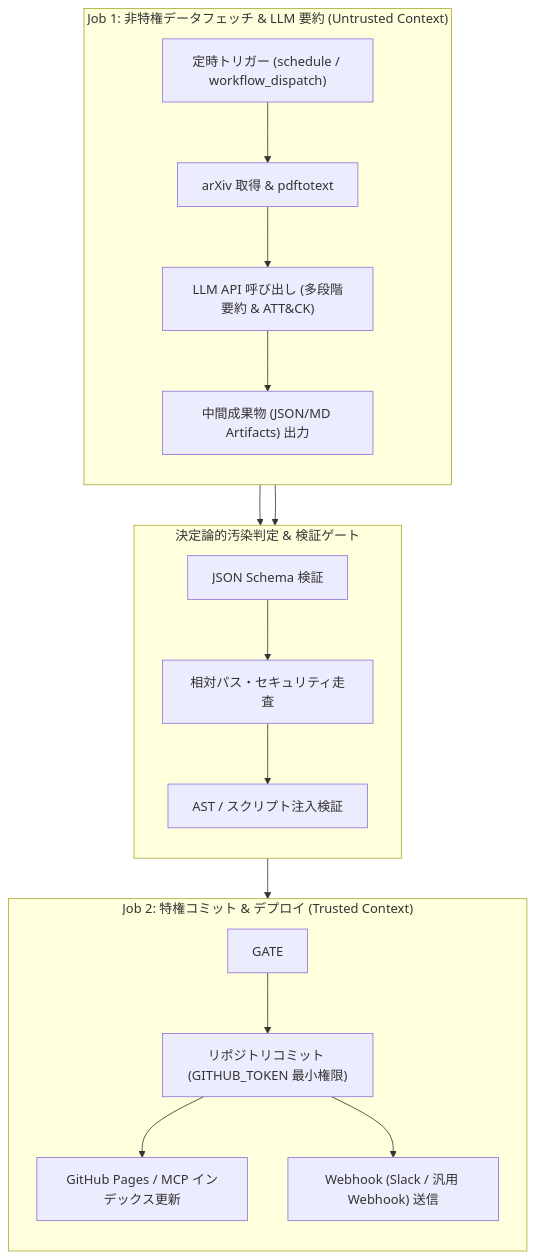
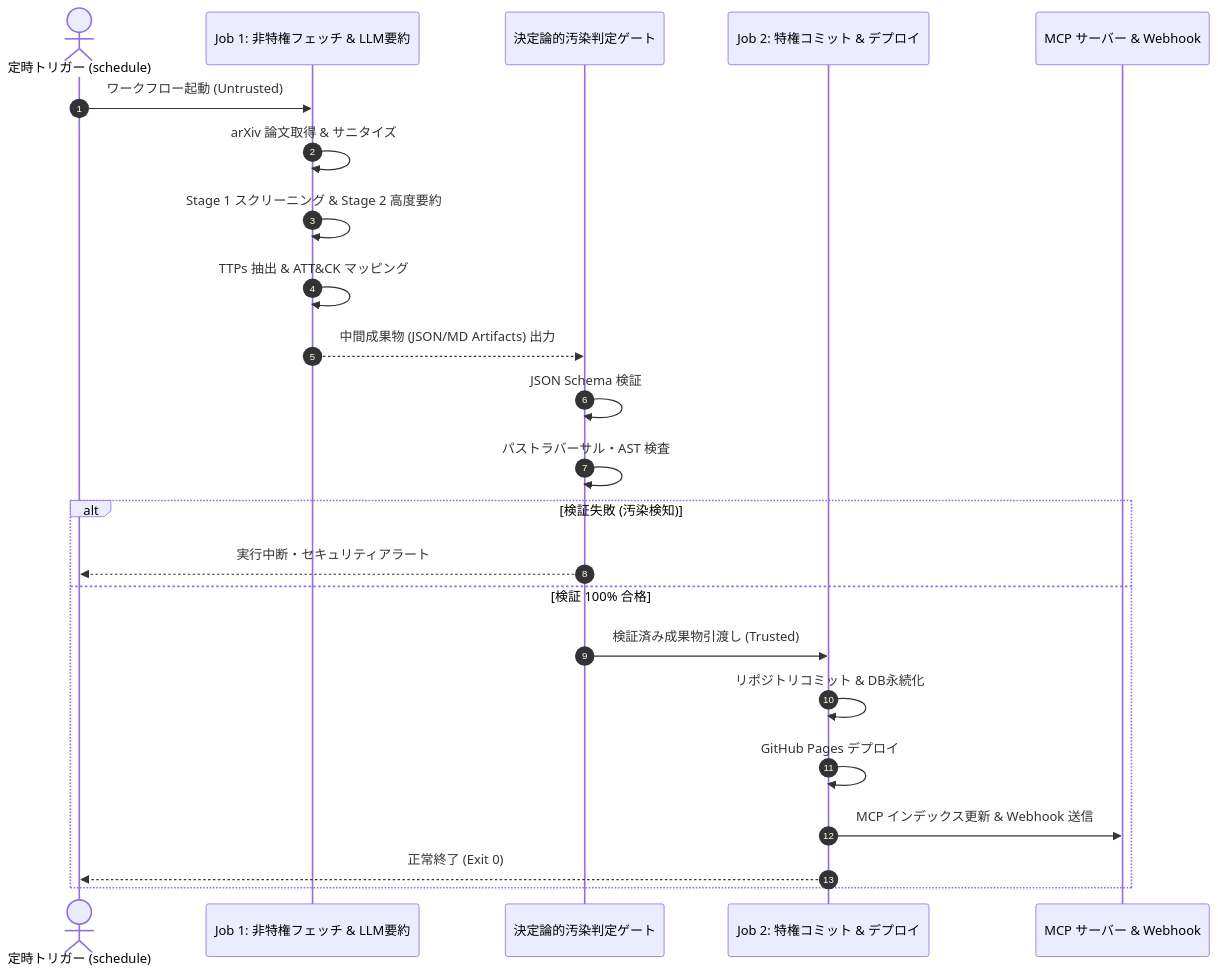
Before and after one commit to rokujyouhitoma/arxiv-security-papers: the third of 4 diagrams in docs/designs/DSN-16-nextgen_security_knowledge_platform_proposal.md, drawn with Mermaid. The commit also changed other lines of this file and 1 other file, not shown here.

````diff
--- a/docs/designs/DSN-16-nextgen_security_knowledge_platform_proposal.md
+++ b/docs/designs/DSN-16-nextgen_security_knowledge_platform_proposal.md
@@ -136,25 +249,27 @@
 ```mermaid
-flowchart TD
-    subgraph Job1 ["Job 1: 非特権データフェッチ & LLM 要約 (Untrusted Context)"]
-        direction TB
-        TRIGGER["定時トリガー (schedule / workflow_dispatch)"] --> FETCH["arXiv 取得 & pdftotext"]
-        FETCH --> LLM_SUM["LLM API 呼び出し (多段階要約 & ATT&CK)"]
-        LLM_SUM --> ARTIFACT["中間成果物 (JSON/MD Artifacts) 出力"]
+sequenceDiagram
+    autonumber
+    actor Scheduler as 定時トリガー (schedule)
+    participant J1 as Job 1: 非特権フェッチ & LLM要約
+    participant Gate as 決定論的汚染判定ゲート
+    participant J2 as Job 2: 特権コミット & デプロイ
+    participant MCP as MCP サーバー & Webhook
+
+    Scheduler->>J1: ワークフロー起動 (Untrusted)
+    J1->>J1: arXiv 論文取得 & サニタイズ
+    J1->>J1: Stage 1 スクリーニング & Stage 2 高度要約
+    J1->>J1: TTPs 抽出 & ATT&CK マッピング
+    J1-->>Gate: 中間成果物 (JSON/MD Artifacts) 出力
+
+    Gate->>Gate: JSON Schema 検証
+    Gate->>Gate: パストラバーサル・AST 検査
+    alt 検証失敗 (汚染検知)
+        Gate-->>Scheduler: 実行中断・セキュリティアラート
+    else 検証 100% 合格
+        Gate->>J2: 検証済み成果物引渡し (Trusted)
+        J2->>J2: リポジトリコミット & DB永続化
+        J2->>J2: GitHub Pages デプロイ
+        J2->>MCP: MCP インデックス更新 & Webhook 送信
+        J2-->>Scheduler: 正常終了 (Exit 0)
     end
-
-    subgraph Gate ["決定論的汚染判定 & 検証ゲート"]
-        direction TB
-        ARTIFACT --> SCHEMA_CHECK["JSON Schema 検証"]
-        SCHEMA_CHECK --> PATH_CHECK["相対パス・セキュリティ走査"]
-        PATH_CHECK --> AST_CHECK["AST / スクリプト注入検証"]
-    end
-
-    subgraph Job2 ["Job 2: 特権コミット & デプロイ (Trusted Context)"]
-        direction TB
-        GATE --> COMMIT["リポジトリコミット (GITHUB_TOKEN 最小権限)"]
-        COMMIT --> DEPLOY["GitHub Pages / MCP インデックス更新"]
-        COMMIT --> NOTIFY["Webhook (Slack / 汎用 Webhook) 送信"]
-    end
-
-    Job1 --> Gate --> Job2
 ```
````
